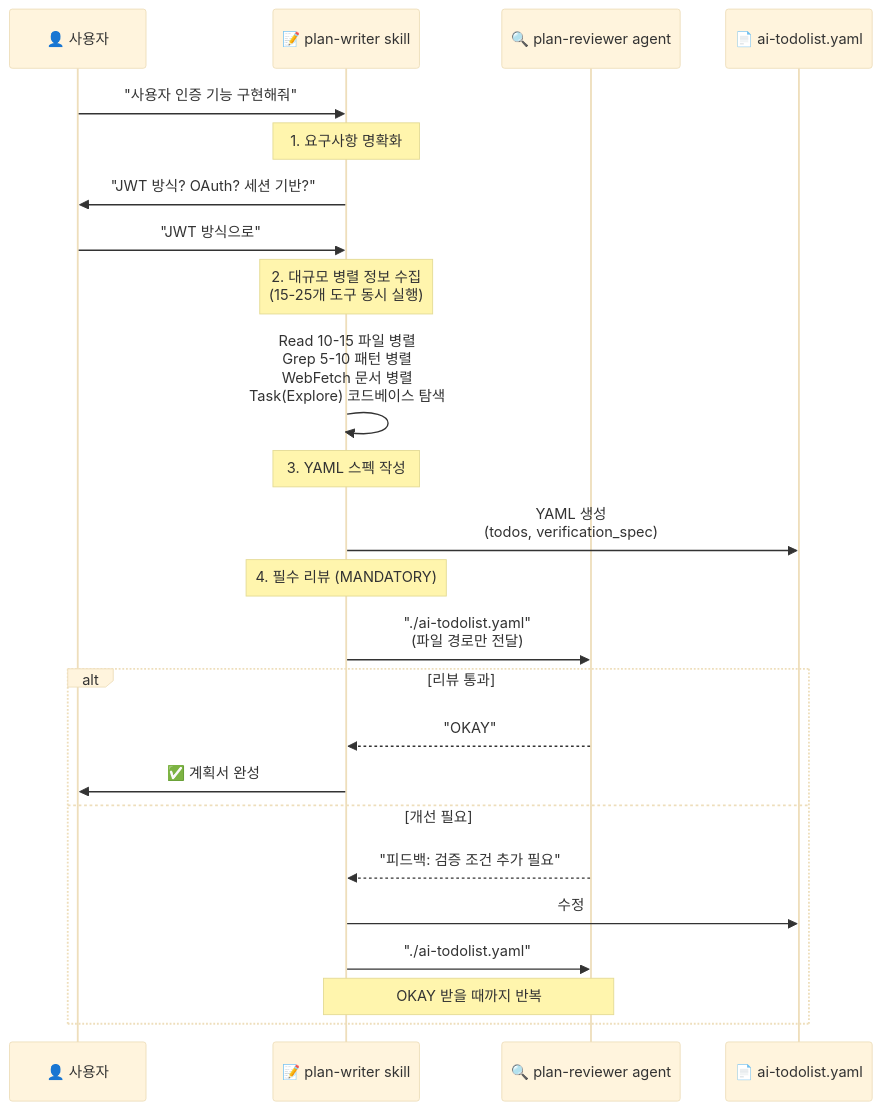
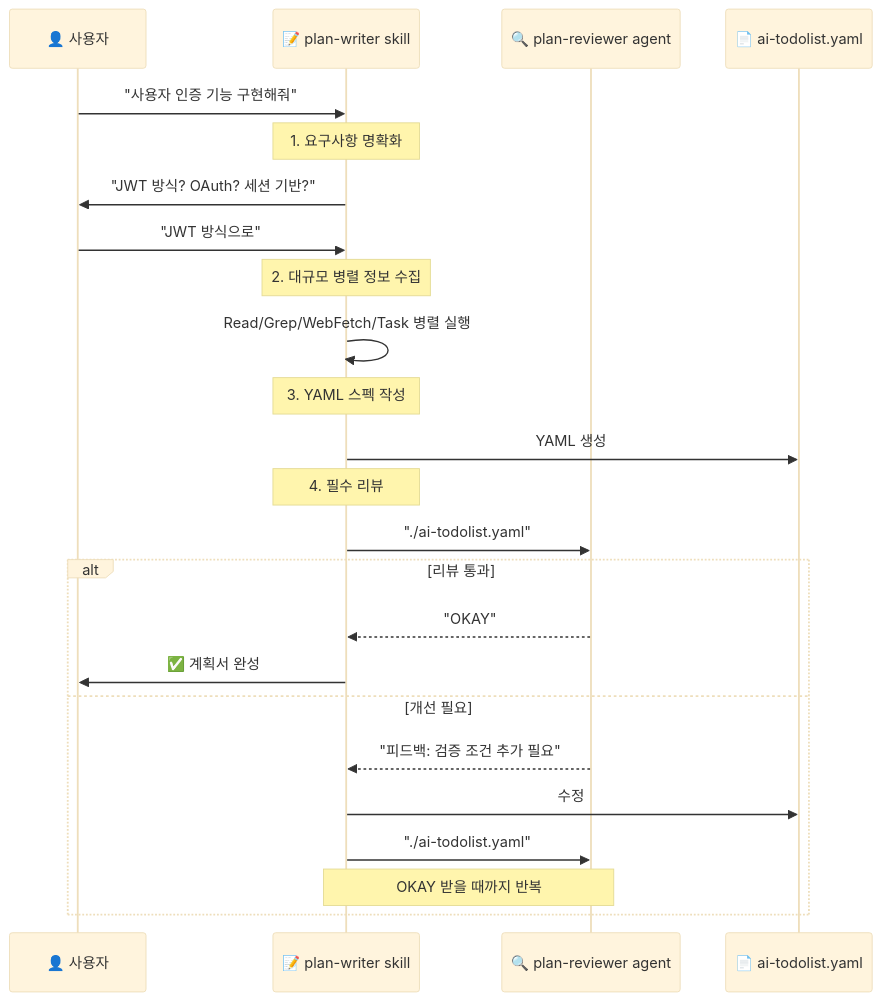
The second of 21 diagrams in flow-draft.md (code-yeongyu/sisyphus-private), drawn with Mermaid (base theme) before and after one commit. The commit also changed other lines of this file and 150 other files, not shown here.

````diff
--- a/flow-draft.md
+++ b/flow-draft.md
@@ -79,32 +298,32 @@
 ```mermaid
 sequenceDiagram
     participant U as 👤 사용자
     participant PW as 📝 plan-writer skill
     participant PR as 🔍 plan-reviewer agent
     participant F as 📄 ai-todolist.yaml
 
     U->>PW: "사용자 인증 기능 구현해줘"
 
     Note over PW: 1. 요구사항 명확화
     PW->>U: "JWT 방식? OAuth? 세션 기반?"
     U->>PW: "JWT 방식으로"
 
-    Note over PW: 2. 대규모 병렬 정보 수집<br/>(15-25개 도구 동시 실행)
-    PW->>PW: Read 10-15 파일 병렬<br/>Grep 5-10 패턴 병렬<br/>WebFetch 문서 병렬<br/>Task(Explore) 코드베이스 탐색
+    Note over PW: 2. 대규모 병렬 정보 수집
+    PW->>PW: Read/Grep/WebFetch/Task 병렬 실행
 
     Note over PW: 3. YAML 스펙 작성
-    PW->>F: YAML 생성<br/>(todos, verification_spec)
+    PW->>F: YAML 생성
 
-    Note over PW: 4. 필수 리뷰 (MANDATORY)
-    PW->>PR: "./ai-todolist.yaml"<br/>(파일 경로만 전달)
+    Note over PW: 4. 필수 리뷰
+    PW->>PR: "./ai-todolist.yaml"
 
     alt 리뷰 통과
         PR-->>PW: "OKAY"
         PW->>U: ✅ 계획서 완성
     else 개선 필요
         PR-->>PW: "피드백: 검증 조건 추가 필요"
         PW->>F: 수정
         PW->>PR: "./ai-todolist.yaml"
         Note over PW,PR: OKAY 받을 때까지 반복
     end
 ```
````
